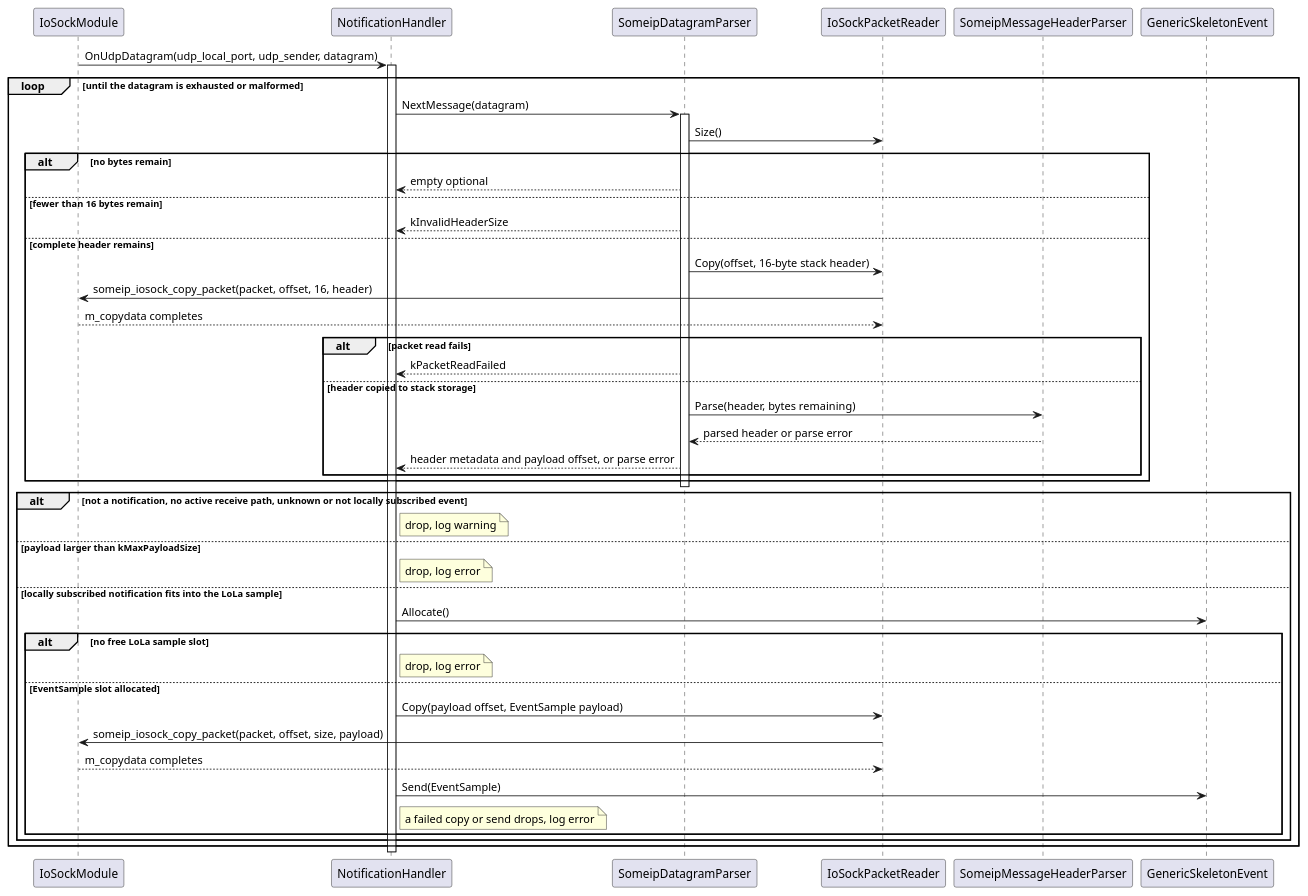
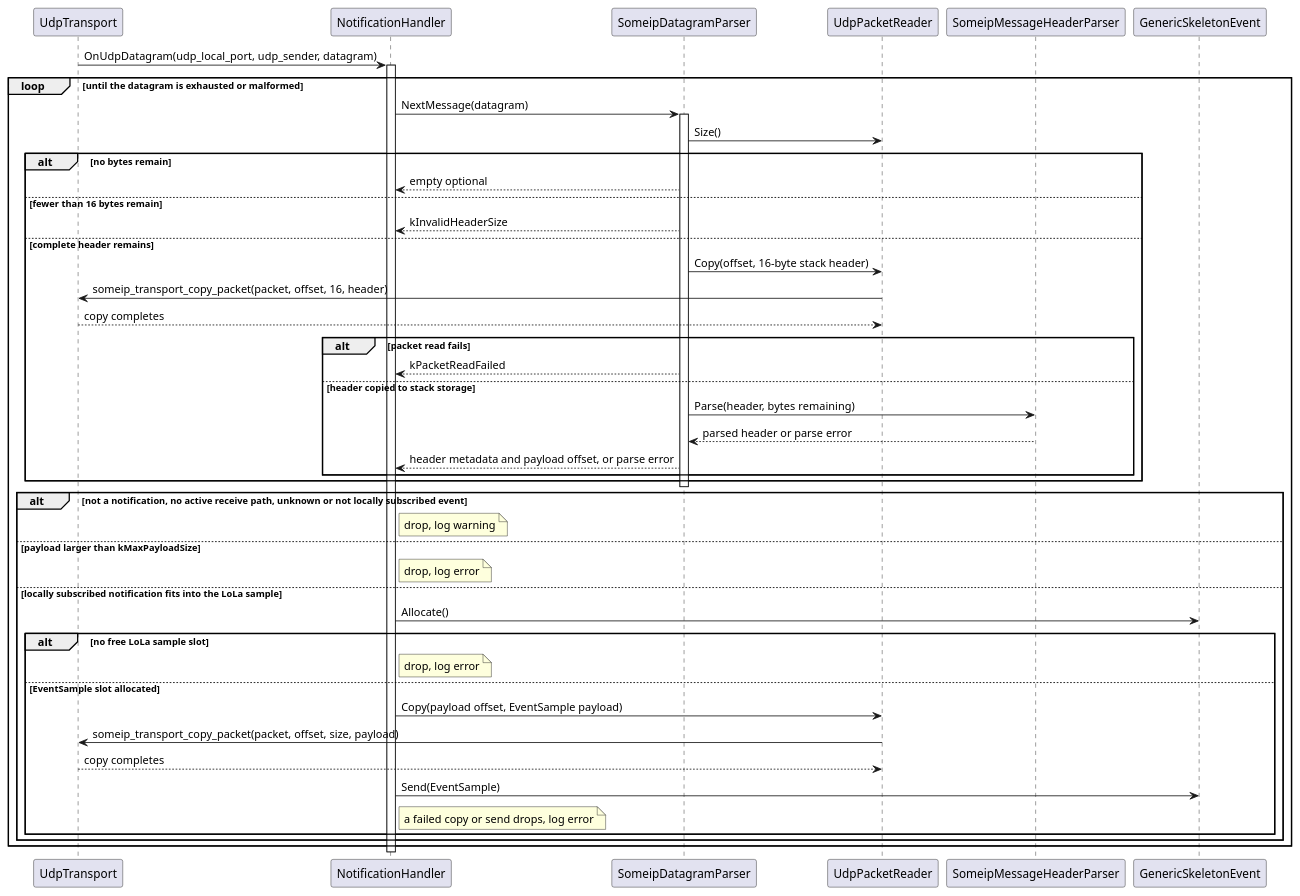
One commit to eclipse-score/communication changed the diagram in score/someip/routing_module/notification_handler/dependability/someip_datagram_parser_sequence.puml. Above: the diagram before and after it, drawn with PlantUML. The commit also changed 80 other files, not shown here.

First line of the commit message:
someip: add platform-neutral UDP receive transport

```diff
--- a/score/someip/routing_module/notification_handler/dependability/someip_datagram_parser_sequence.puml
+++ b/score/someip/routing_module/notification_handler/dependability/someip_datagram_parser_sequence.puml
@@ -14,53 +14,53 @@
 @startuml someip_datagram_parser_sequence
 
-participant IoSockModule
+participant UdpTransport
 participant NotificationHandler
 participant SomeipDatagramParser as DatagramParser
-participant IoSockPacketReader as PacketReader
+participant UdpPacketReader as PacketReader
 participant SomeipMessageHeaderParser as HeaderParser
 participant GenericSkeletonEvent as LolaEvent
 
-IoSockModule -> NotificationHandler : OnUdpDatagram(udp_local_port, udp_sender, datagram)
+UdpTransport -> NotificationHandler : OnUdpDatagram(udp_local_port, udp_sender, datagram)
 activate NotificationHandler
 loop until the datagram is exhausted or malformed
     NotificationHandler -> DatagramParser : NextMessage(datagram)
     activate DatagramParser
     DatagramParser -> PacketReader : Size()
     alt no bytes remain
         DatagramParser --> NotificationHandler : empty optional
     else fewer than 16 bytes remain
         DatagramParser --> NotificationHandler : kInvalidHeaderSize
     else complete header remains
         DatagramParser -> PacketReader : Copy(offset, 16-byte stack header)
-        PacketReader -> IoSockModule : someip_iosock_copy_packet(packet, offset, 16, header)
-        IoSockModule --> PacketReader : m_copydata completes
+        PacketReader -> UdpTransport : someip_transport_copy_packet(packet, offset, 16, header)
+        UdpTransport --> PacketReader : copy completes
         alt packet read fails
             DatagramParser --> NotificationHandler : kPacketReadFailed
         else header copied to stack storage
             DatagramParser -> HeaderParser : Parse(header, bytes remaining)
             HeaderParser --> DatagramParser : parsed header or parse error
             DatagramParser --> NotificationHandler : header metadata and payload offset, or parse error
         end
     end
     deactivate DatagramParser
 
     alt not a notification, no active receive path, unknown or not locally subscribed event
         note right of NotificationHandler : drop, log warning
     else payload larger than kMaxPayloadSize
         note right of NotificationHandler : drop, log error
     else locally subscribed notification fits into the LoLa sample
         NotificationHandler -> LolaEvent : Allocate()
         alt no free LoLa sample slot
             note right of NotificationHandler : drop, log error
         else EventSample slot allocated
             NotificationHandler -> PacketReader : Copy(payload offset, EventSample payload)
-            PacketReader -> IoSockModule : someip_iosock_copy_packet(packet, offset, size, payload)
-            IoSockModule --> PacketReader : m_copydata completes
+            PacketReader -> UdpTransport : someip_transport_copy_packet(packet, offset, size, payload)
+            UdpTransport --> PacketReader : copy completes
             NotificationHandler -> LolaEvent : Send(EventSample)
             note right of NotificationHandler : a failed copy or send drops, log error
         end
     end
 end
 deactivate NotificationHandler
 
 @enduml
```
